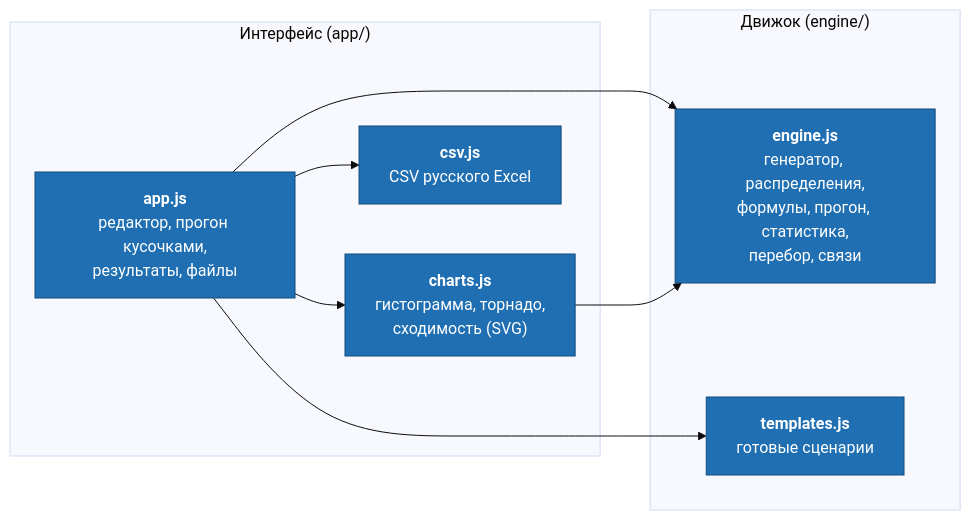
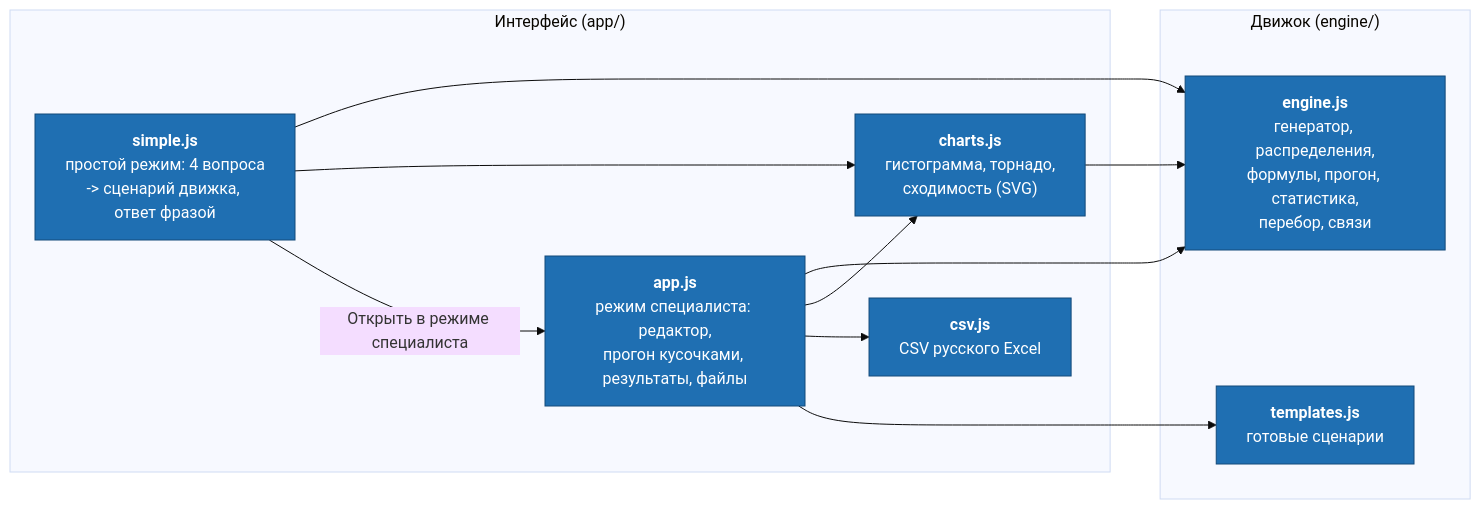
Before and after one commit to maksim-121/probability-analyzer: the third of 3 diagrams in docs/архитектура.md, drawn with Mermaid (base theme). The commit also changed other lines of this file and 8 other files, not shown here.

First line of the commit message:
Простой режим для обычного человека

````diff
--- a/docs/архитектура.md
+++ b/docs/архитектура.md
@@ -71,20 +71,24 @@
 ```mermaid
 flowchart LR
     subgraph ui["Интерфейс (app/)"]
-        app["<b>app.js</b><br/>редактор, прогон кусочками,<br/>результаты, файлы"]
+        simple["<b>simple.js</b><br/>простой режим: 4 вопроса<br/>-> сценарий движка, ответ фразой"]
+        app["<b>app.js</b><br/>режим специалиста: редактор,<br/>прогон кусочками, результаты, файлы"]
         charts["<b>charts.js</b><br/>гистограмма, торнадо,<br/>сходимость (SVG)"]
         csv["<b>csv.js</b><br/>CSV русского Excel"]
     end
     subgraph core["Движок (engine/)"]
         eng["<b>engine.js</b><br/>генератор, распределения,<br/>формулы, прогон, статистика,<br/>перебор, связи"]
         tpl["<b>templates.js</b><br/>готовые сценарии"]
     end
+    simple --> eng
+    simple --> charts
+    simple -->|"Открыть в режиме специалиста"| app
     app --> eng
     app --> charts
     app --> csv
     app --> tpl
     charts --> eng
 
     classDef comp fill:#1f6fb2,stroke:#134a7a,color:#ffffff
-    class app,charts,csv,eng,tpl comp
+    class simple,app,charts,csv,eng,tpl comp
 ```
````
